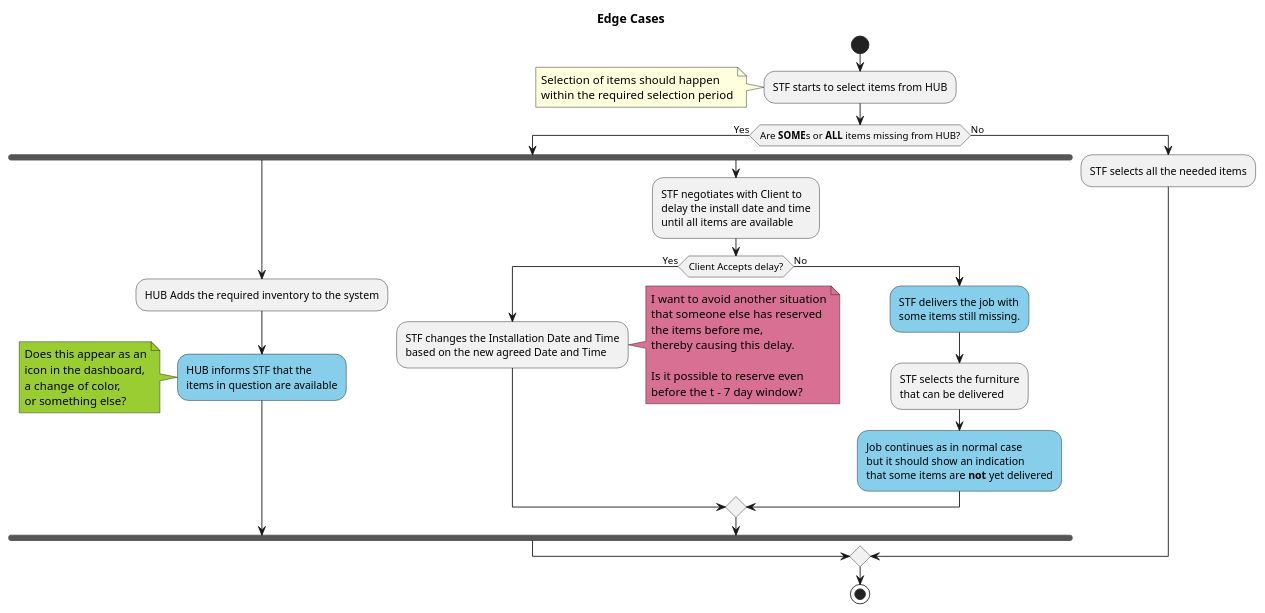
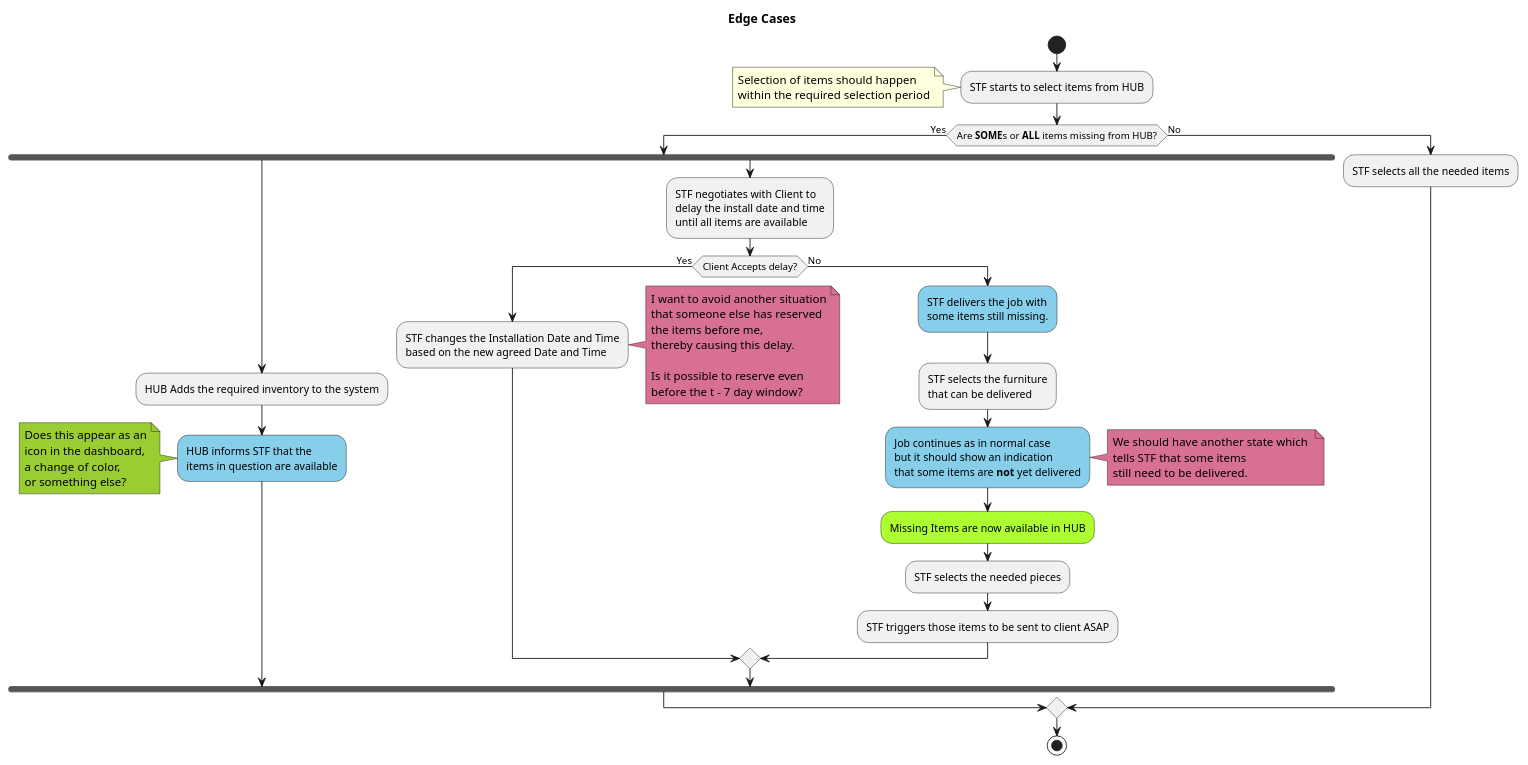
Before and after one commit to jpgacrama/NovariSpecs: the diagram in EdgeCases/Edge_LackOfAvailableInventory.pu, drawn with PlantUML.

Commit message:
Edge Case: Added notes that we need another state
STF needs to see at a first glance that he/she still has items that need to be delivered.

```diff
--- a/EdgeCases/Edge_LackOfAvailableInventory.pu
+++ b/EdgeCases/Edge_LackOfAvailableInventory.pu
@@ -5,57 +5,67 @@
 @startuml
 title Edge Cases
 start
 
 :STF starts to select items from HUB;
 note
     Selection of items should happen
     within the required selection period
 end note
 
 if (Are **SOME**s or **ALL** items missing from HUB?) then (Yes)
     fork
         :HUB Adds the required inventory to the system;
         #SkyBlue:HUB informs STF that the
         items in question are available;
         note #YellowGreen
             Does this appear as an
             icon in the dashboard,
             a change of color, 
             or something else?
         end note
     fork again
         :STF negotiates with Client to
         delay the install date and time
         until all items are available;
 
         if (Client Accepts delay?) then (Yes)
             :STF changes the Installation Date and Time
             based on the new agreed Date and Time;
 
             note right #PaleVioletRed
                 I want to avoid another situation
                 that someone else has reserved
                 the items before me,
                 thereby causing this delay.
 
                 Is it possible to reserve even
                 before the t - 7 day window?
             end note
         else (No)
             #SkyBlue:STF delivers the job with
             some items still missing.;
 
             :STF selects the furniture
             that can be delivered;
 
             #SkyBlue:Job continues as in normal case
             but it should show an indication
             that some items are **not** yet delivered;
+
+            note right #PaleVioletRed
+                We should have another state which 
+                tells STF that some items
+                still need to be delivered.
+            end note
+
+            #GreenYellow:Missing Items are now available in HUB;
+            :STF selects the needed pieces;
+            :STF triggers those items to be sent to client ASAP;
         endif
     end fork
 
 else (No)
     :STF selects all the needed items;
 endif
 stop
 @enduml
```
